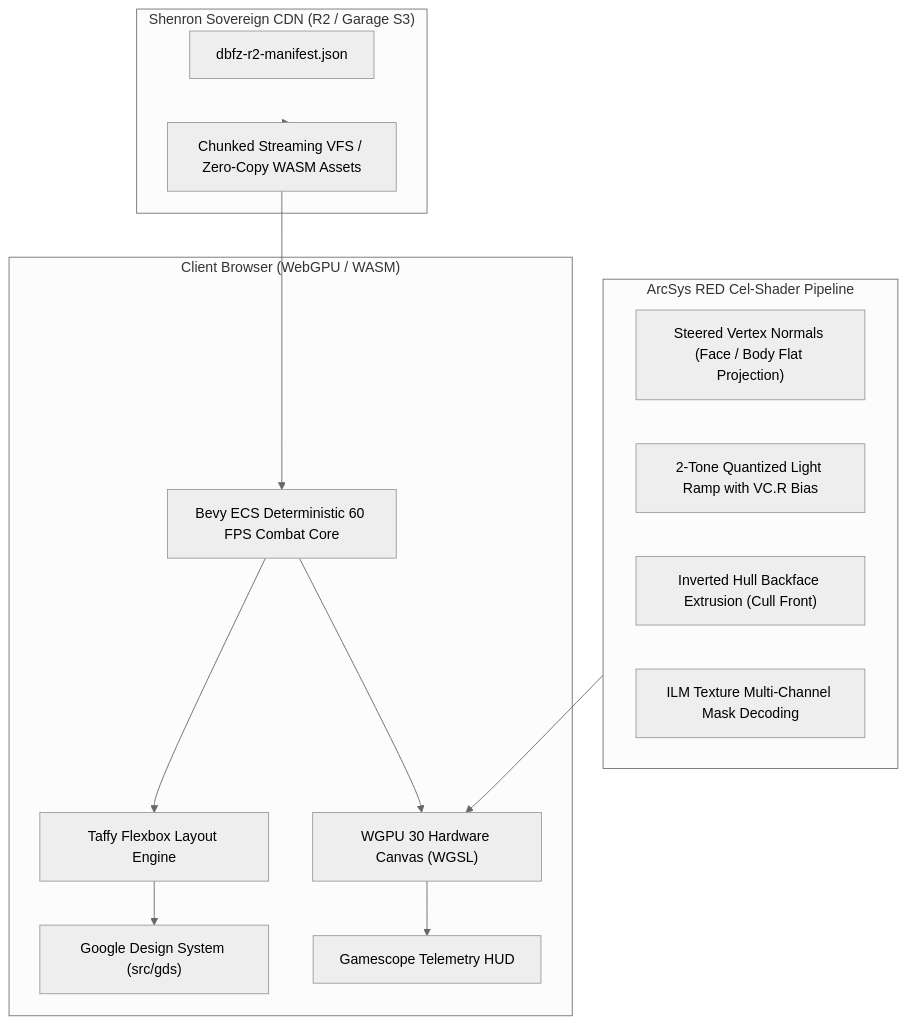
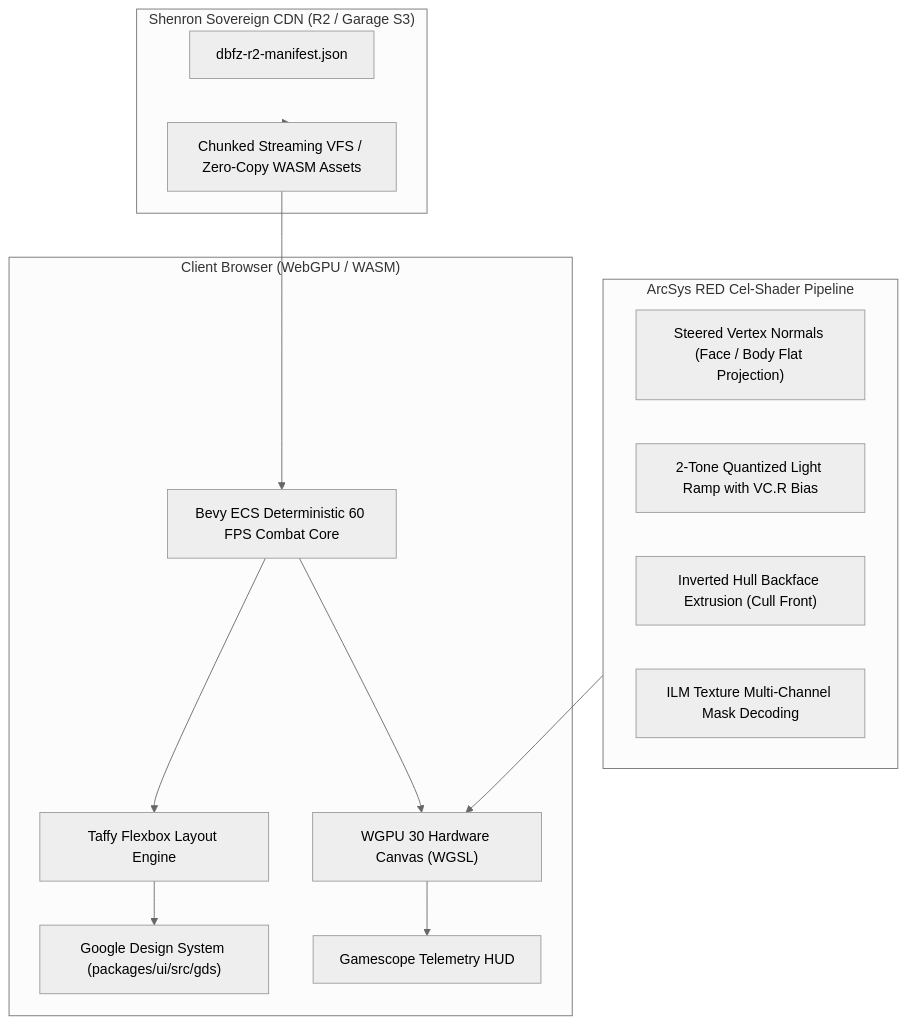
The diagram in docs/games/dbfz-r2-cdn-architecture.md (aphrody-labs/shenron), drawn with Mermaid (neutral theme) before and after one commit. The commit also changed other lines of this file and 24 other files, not shown here.

````diff
--- a/docs/games/dbfz-r2-cdn-architecture.md
+++ b/docs/games/dbfz-r2-cdn-architecture.md
@@ -51,28 +51,28 @@
 ```mermaid
 flowchart TD
     subgraph Browser_Client["Client Browser (WebGPU / WASM)"]
-        GDS_UI["Google Design System (src/gds)"]
+        GDS_UI["Google Design System (packages/ui/src/gds)"]
         TAFFY["Taffy Flexbox Layout Engine"]
         BEVY_ECS["Bevy ECS Deterministic 60 FPS Combat Core"]
         WGPU_CANVAS["WGPU 30 Hardware Canvas (WGSL)"]
         GAMESCOPE["Gamescope Telemetry HUD"]
     end
 
     subgraph Shading_Pipeline["ArcSys RED Cel-Shader Pipeline"]
         NORMALS["Steered Vertex Normals (Face / Body Flat Projection)"]
         RAMP["2-Tone Quantized Light Ramp with VC.R Bias"]
         HULL["Inverted Hull Backface Extrusion (Cull Front)"]
         ILM["ILM Texture Multi-Channel Mask Decoding"]
     end
 
     subgraph CDN_Delivery["Shenron Sovereign CDN (R2 / Garage S3)"]
         MANIFEST["dbfz-r2-manifest.json"]
         VFS_STREAM["Chunked Streaming VFS / Zero-Copy WASM Assets"]
     end
 
     CDN_Delivery --> VFS_STREAM --> BEVY_ECS
     BEVY_ECS --> TAFFY --> GDS_UI
     BEVY_ECS --> WGPU_CANVAS
     Shading_Pipeline --> WGPU_CANVAS
     WGPU_CANVAS --> GAMESCOPE
 ```
````
